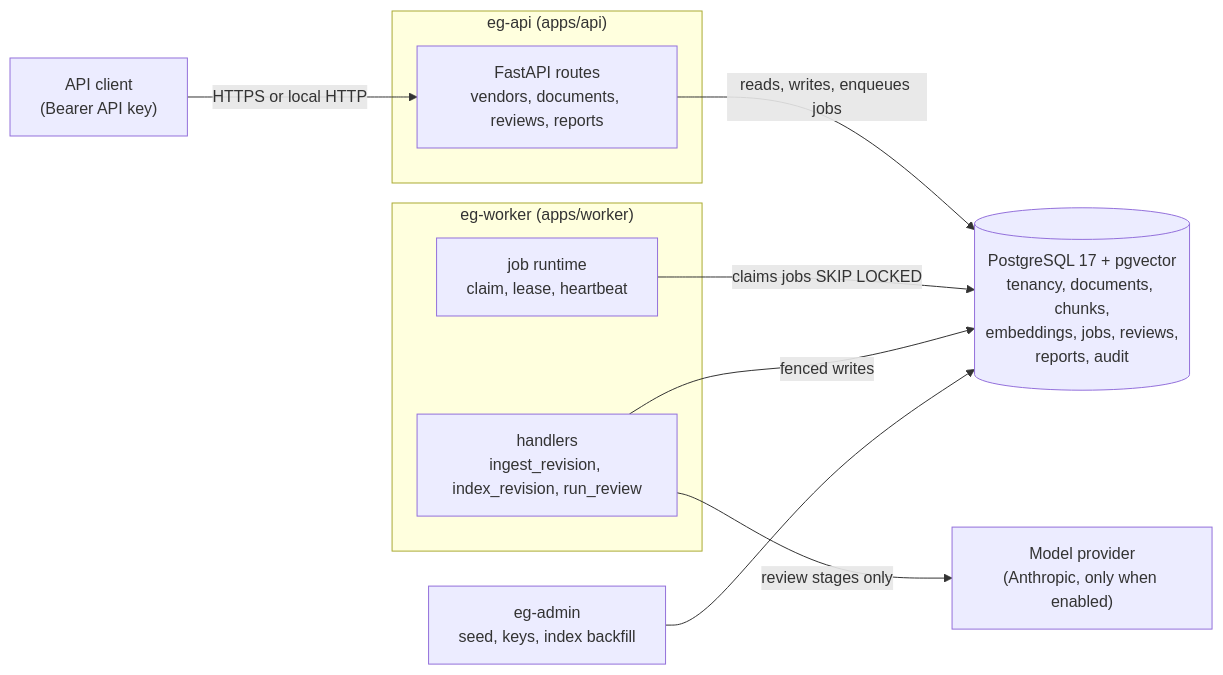
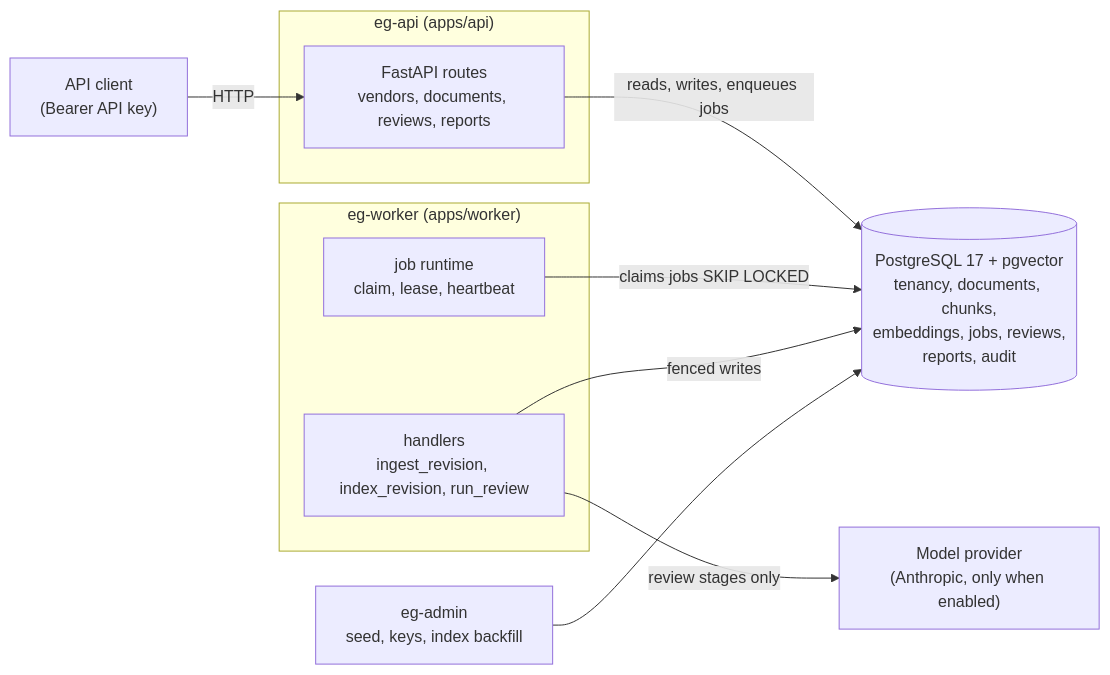
One commit to mathewmljourney93/evidence-guard-tech changed the first of 2 diagrams in docs/architecture.md. Above: the diagram before and after it, drawn with Mermaid. The commit also changed other lines of this file and 5 other files, not shown here.

````diff
--- a/docs/architecture.md
+++ b/docs/architecture.md
@@ -13,21 +13,21 @@
 ```mermaid
 flowchart LR
     client["API client<br/>(Bearer API key)"]
     subgraph api["eg-api (apps/api)"]
         routes["FastAPI routes<br/>vendors, documents, reviews, reports"]
     end
     subgraph worker["eg-worker (apps/worker)"]
         runtime["job runtime<br/>claim, lease, heartbeat"]
         handlers["handlers<br/>ingest_revision, index_revision, run_review"]
     end
     db[("PostgreSQL 17 + pgvector<br/>tenancy, documents, chunks,<br/>embeddings, jobs, reviews,<br/>reports, audit")]
     model["Model provider<br/>(Anthropic, only when enabled)"]
     eg_admin["eg-admin<br/>seed, keys, index backfill"]
 
-    client -->|HTTPS or local HTTP| routes
+    client -->|HTTP| routes
     routes -->|reads, writes, enqueues jobs| db
     runtime -->|claims jobs SKIP LOCKED| db
     handlers -->|fenced writes| db
     handlers -->|review stages only| model
     eg_admin --> db
 ```
````
